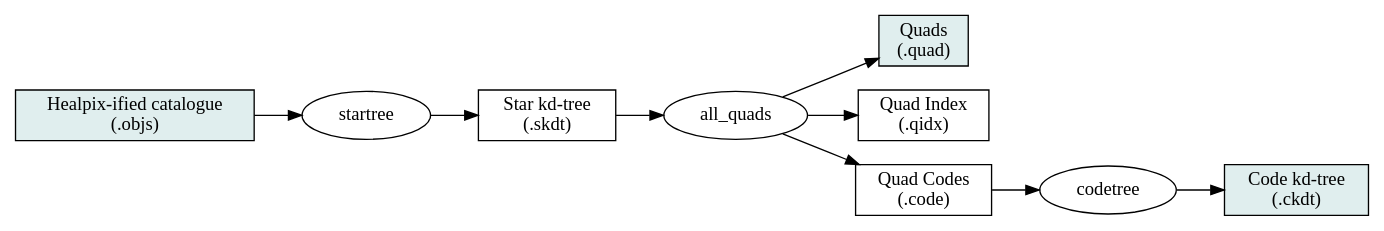
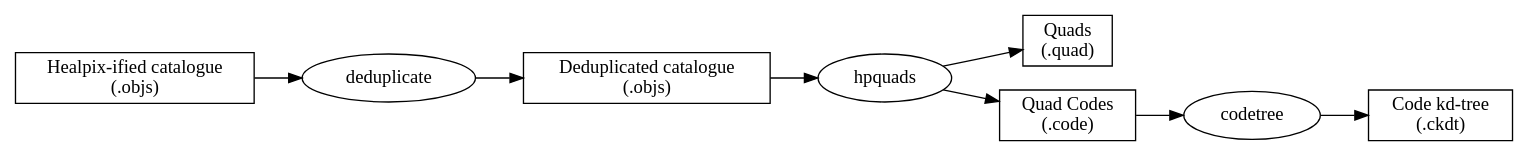
One commit to blackball/an-test6 changed the diagram in src/quads/pipeline.dot. Above: the diagram before and after it, drawn with Graphviz. The commit also changed 5 other files, not shown here.

Commit message:
remove old codetree.c

```diff
--- a/src/quads/pipeline.dot
+++ b/src/quads/pipeline.dot
@@ -1,53 +1,30 @@
-graph indexpipeline2 {
+graph indexpipeline {
 	graph [ rankdir = LR ];
 	node [ shape=box ];
 	edge [ dir=forward ];
-	node [ style=filled, fillcolor=azure2 ];
 	objs [ label="Healpix-ified catalogue\n(.objs)" ];
+	ddobjs [ label="Deduplicated catalogue\n(.objs)" ];
 	ckdt [ label="Code kd-tree\n(.ckdt)" ];
 	quad [ label="Quads\n(.quad)" ];
 	node [ style="" ];
-	skdt [ label="Star kd-tree\n(.skdt)" ];
-	qidx [ label="Quad Index\n(.qidx)" ];
 	code [ label="Quad Codes\n(.code)" ];
 
 	node [ shape=ellipse ];
-	startree [ label="startree" ];
-	allquads [ label="all_quads" ];
 	codetree [ label="codetree" ];
 
-	objs -- startree
-	startree -- skdt
-	skdt -- allquads
-	allquads -- qidx
-	allquads -- code
-	allquads -- quad
+	objs -- deduplicate
+	deduplicate -- ddobjs
+	ddobjs -- hpquads
+	hpquads -- code
+	hpquads -- quad
 	code -- codetree
 	codetree -- ckdt
 }
 
 // render with:
 //   dot -Tps2 -o pipeline.ps pipeline.dot
 // to get bounding box:
 //   gs -q -dNOPAUSE -dBATCH -dTextAlphaBits=4 -dGraphicsAlphaBits=4 -sDEVICE=bbox pipeline.ps
 // to render as png:
 //   gs -q -dNOPAUSE -dBATCH -dTextAlphaBits=4 -dGraphicsAlphaBits=4 -sDEVICE=png16m -sOutputFile=pipeline.png -g850x162 pipeline.ps
 // (where 850x162 is determined by the output of the bounding-box stage)
-
-/*
-graph old_indexpipeline {
-	node [ shape=box ];
-	edge [ dir=forward ];
-	objs [ label="Healpix-ified Catalogue\n(.objs)" ];
-	skdt [ label="Star kd-tree\n(.skdt)" ];
-	objs -- skdt [ label="startree" ];
-	qidx [ label="Quad Index\n(.qidx)" ];
-	code [ label="Quad Codes\n(.code)" ];
-	quad [ label="Quads\n(.quad)" ];
-	skdt -- qidx
-	skdt -- code
-	skdt -- quad [ label="all_quads" ];
-	ckdt [ label="Code kd-tree\n(.ckdt)" ];
-	code -- ckdt [ label="codetree" ];
-}
-*/
```
